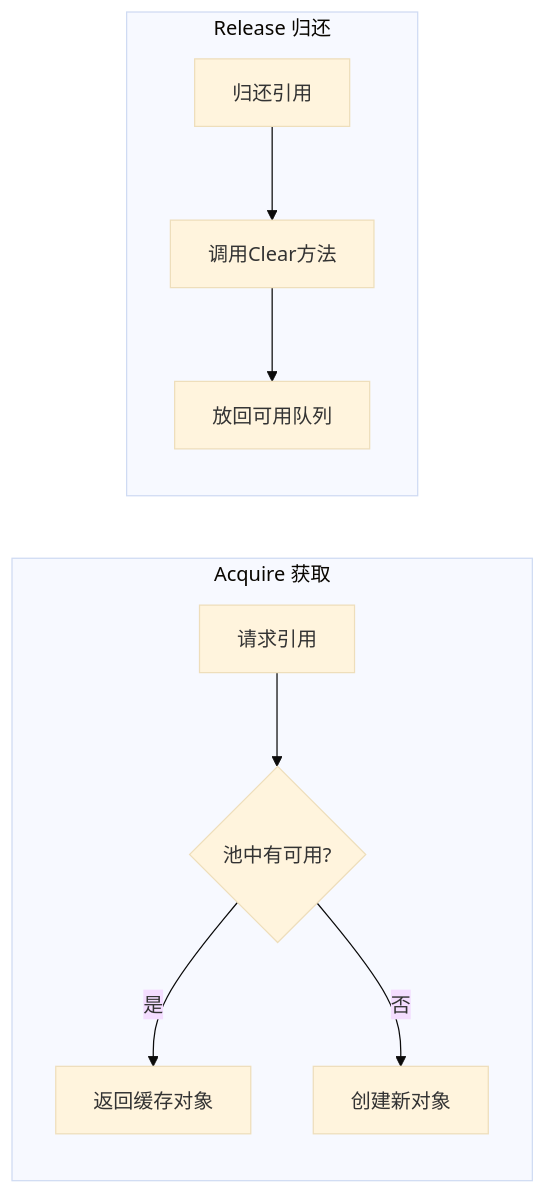
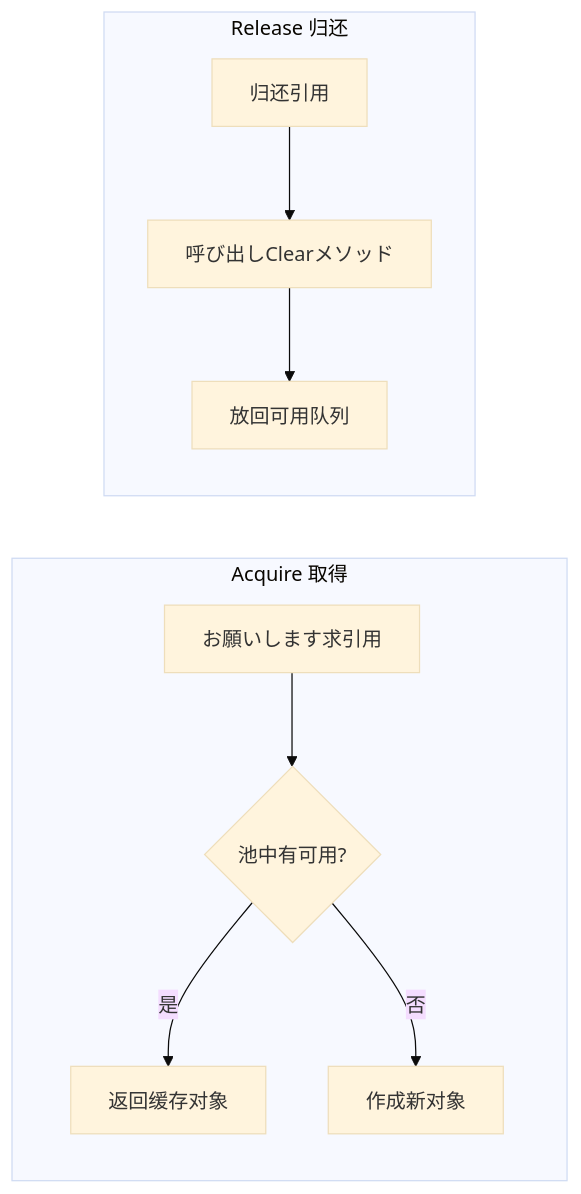
The fourth of 4 diagrams in docs/ja/client/unity/component/core/04.features.md (AlianBlank/GameFrameX.Docs), drawn with Mermaid (base theme) before and after one commit. The commit also changed other lines of this file and 603 other files, not shown here.

````diff
--- a/docs/ja/client/unity/component/core/04.features.md
+++ b/docs/ja/client/unity/component/core/04.features.md
@@ -259,13 +259,13 @@
 ```mermaid
 flowchart LR
-    subgraph "Acquire 获取"
-        A1[请求引用] --> A2{池中有可用?}
+    subgraph "Acquire 取得"
+        A1[お願いします求引用] --> A2{池中有可用?}
         A2 -->|是| A3[返回缓存对象]
-        A2 -->|否| A4[创建新对象]
+        A2 -->|否| A4[作成新对象]
     end
     
     subgraph "Release 归还"
-        R1[归还引用] --> R2[调用Clear方法]
+        R1[归还引用] --> R2[呼び出しClearメソッド]
         R2 --> R3[放回可用队列]
     end
 ```
````
